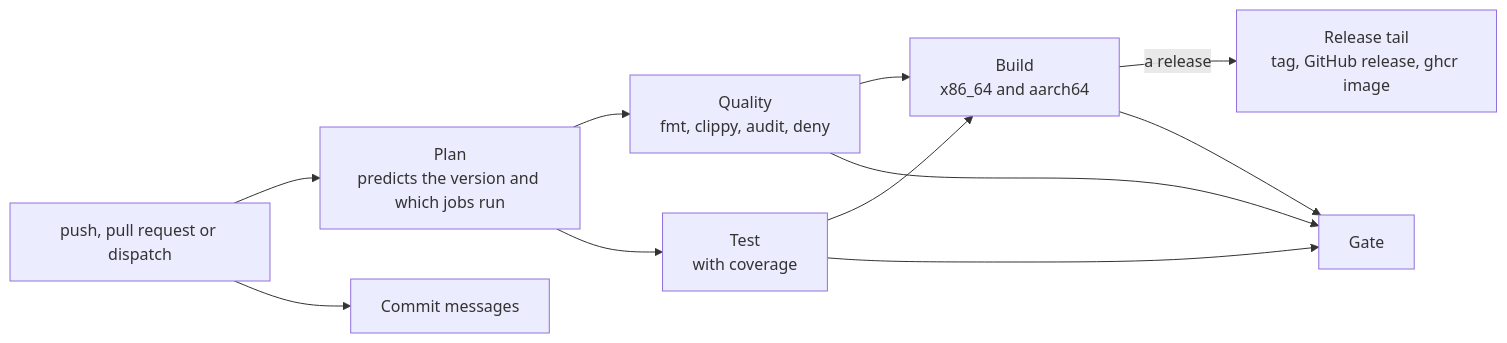
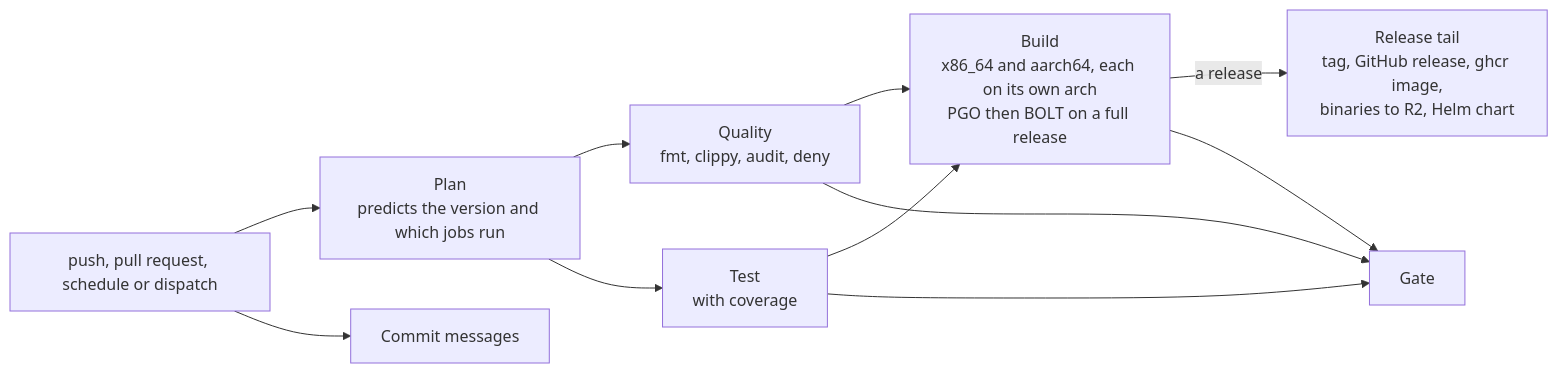
The diagram in docs/design.md (hyperi-io/dfe-archiver), drawn with Mermaid before and after one commit. The commit also changed other lines of this file and 13 other files, not shown here.

````diff
--- a/docs/design.md
+++ b/docs/design.md
@@ -42,13 +34,13 @@
 ```mermaid
 flowchart LR
-    E["push, pull request or dispatch"] --> P["Plan<br/>predicts the version and which jobs run"]
+    E["push, pull request, schedule or dispatch"] --> P["Plan<br/>predicts the version and which jobs run"]
     E --> CM["Commit messages"]
     P --> Q["Quality<br/>fmt, clippy, audit, deny"]
     P --> T["Test<br/>with coverage"]
-    Q --> B["Build<br/>x86_64 and aarch64"]
+    Q --> B["Build<br/>x86_64 and aarch64, each on its own arch<br/>PGO then BOLT on a full release"]
     T --> B
-    B -->|"a release"| RT["Release tail<br/>tag, GitHub release, ghcr image"]
+    B -->|"a release"| RT["Release tail<br/>tag, GitHub release, ghcr image,<br/>binaries to R2, Helm chart"]
     Q --> G["Gate"]
     T --> G
     B --> G
 ```
````
